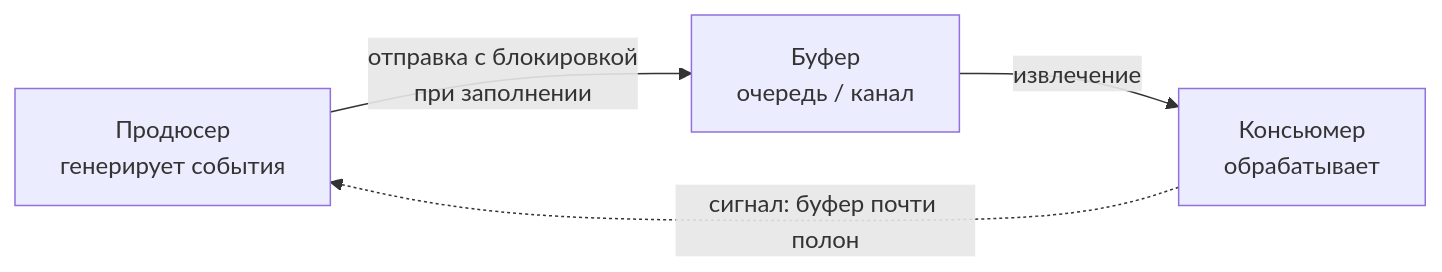
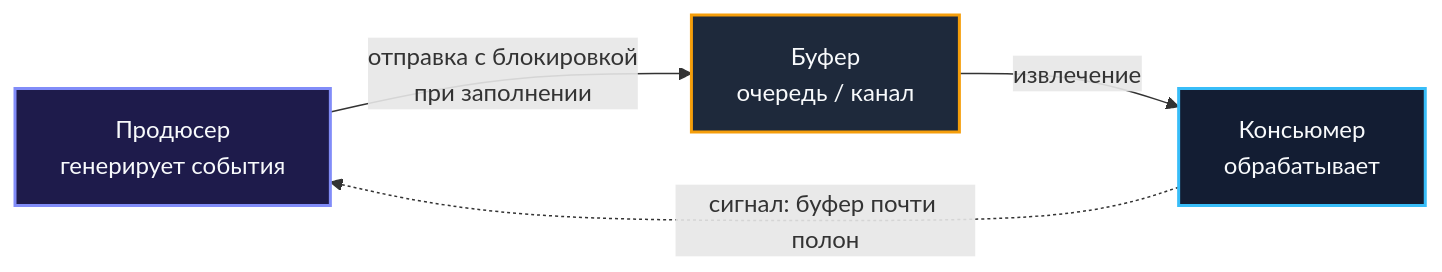
Before and after one commit to UnrealTemplier/go-textbook: the second of 4 diagrams in sources/11. Архитектура и System Design/43. Backpressure и контроль нагрузки.md, drawn with Mermaid. The commit also changed other lines of this file, not shown here.

````diff
--- a/sources/11. Архитектура и System Design/43. Backpressure и контроль нагрузки.md
+++ b/sources/11. Архитектура и System Design/43. Backpressure и контроль нагрузки.md
@@ -11,10 +49,17 @@
 ```mermaid
 flowchart LR
     Producer["Продюсер<br>генерирует события"]
     Buffer["Буфер<br>очередь / канал"]
     Consumer["Консьюмер<br>обрабатывает"]
 
     Producer -->|"отправка с блокировкой<br>при заполнении"| Buffer
     Buffer -->|"извлечение"| Consumer
     Consumer -.->|"сигнал: буфер почти полон"| Producer
+
+    classDef p fill:#1e1b4b,stroke:#818cf8,stroke-width:2px,color:#f8fafc;
+    classDef b fill:#1e293b,stroke:#f59e0b,stroke-width:2px,color:#f8fafc;
+    classDef c fill:#131d33,stroke:#38bdf8,stroke-width:2px,color:#f8fafc;
+    class Producer p;
+    class Buffer b;
+    class Consumer c;
 ```
````
